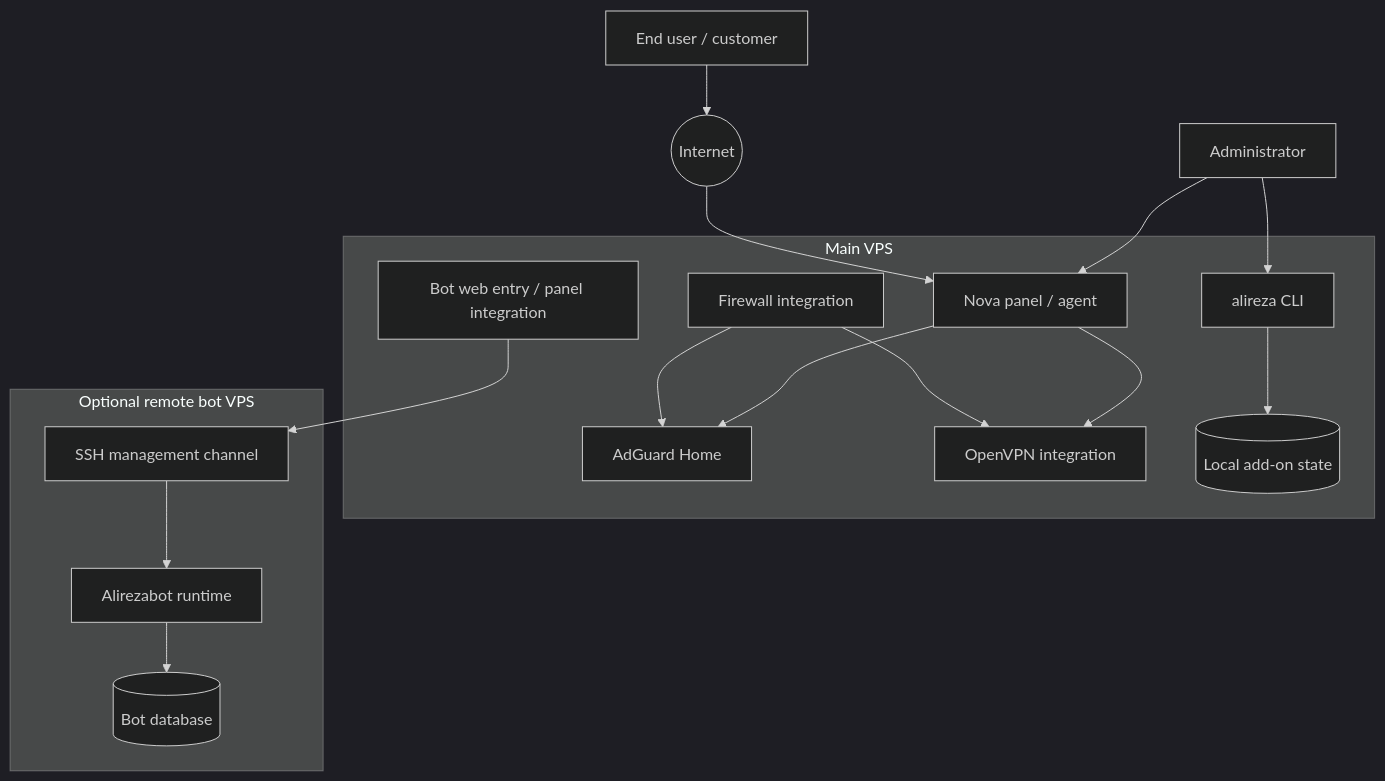
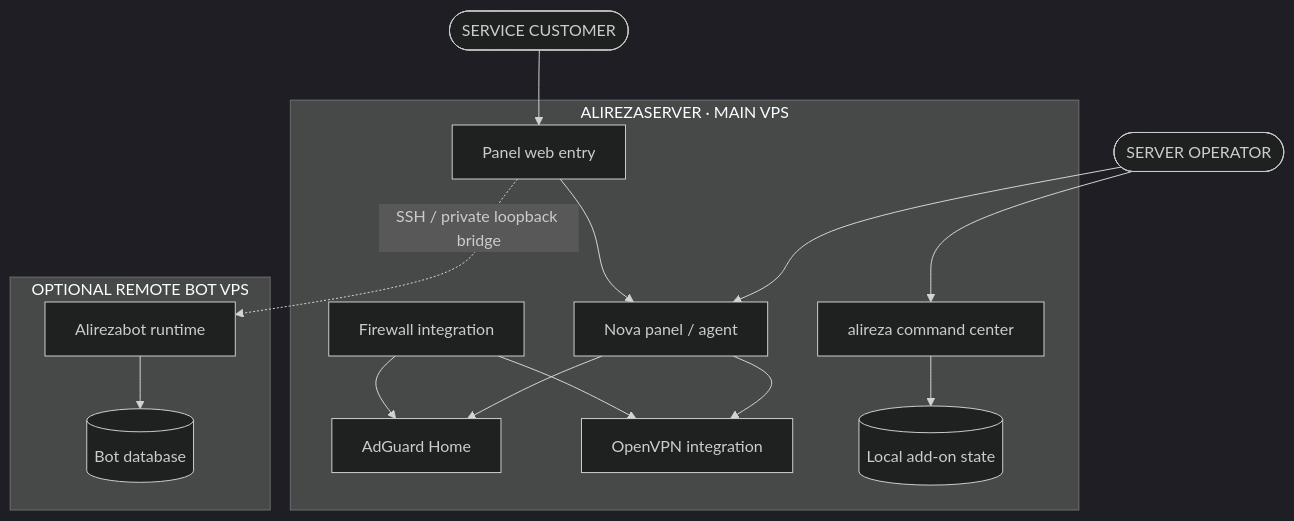
One commit to alirezachatgpt97-coder/alirezaserver changed the first of 2 diagrams in README.md. Above: the diagram before and after it, drawn with Mermaid (dark theme). The commit also changed other lines of this file, not shown here.

````diff
--- a/README.md
+++ b/README.md
@@ -250,32 +94,29 @@
 ``` mermaid
 flowchart TB
-    Admin[Administrator]
-    Client[End user / customer]
-    Internet((Internet))
-    subgraph Main["Main VPS"]
-      Nova[Nova panel / agent]
-      CLI[alireza CLI]
-      AG[AdGuard Home]
-      OVPN[OpenVPN integration]
-      BotWeb[Bot web entry / panel integration]
-      Store[(Local add-on state)]
-      FW[Firewall integration]
+    OP([SERVER OPERATOR])
+    USER([SERVICE CUSTOMER])
+    subgraph MAIN["ALIREZASERVER · MAIN VPS"]
+      CLI["alireza command center"]
+      NOVA["Nova panel / agent"]
+      DNS["AdGuard Home"]
+      VPN["OpenVPN integration"]
+      WEB["Panel web entry"]
+      STATE[("Local add-on state")]
+      FW["Firewall integration"]
     end
-    subgraph Optional["Optional remote bot VPS"]
-      Bot[Alirezabot runtime]
-      DB[(Bot database)]
-      SSH[SSH management channel]
+    subgraph OPTIONAL["OPTIONAL REMOTE BOT VPS"]
+      BOT["Alirezabot runtime"]
+      DB[("Bot database")]
     end
-    Admin --> CLI
-    Admin --> Nova
-    Client --> Internet
-    Internet --> Nova
-    Nova --> AG
-    Nova --> OVPN
-    CLI --> Store
-    FW --> AG
-    FW --> OVPN
-    BotWeb --> SSH
-    SSH --> Bot
-    Bot --> DB
+    OP --> CLI
+    OP --> NOVA
+    USER --> WEB
+    WEB --> NOVA
+    NOVA --> DNS
+    NOVA --> VPN
+    CLI --> STATE
+    FW --> DNS
+    FW --> VPN
+    WEB -. "SSH / private loopback bridge" .-> BOT
+    BOT --> DB
 ```
````
